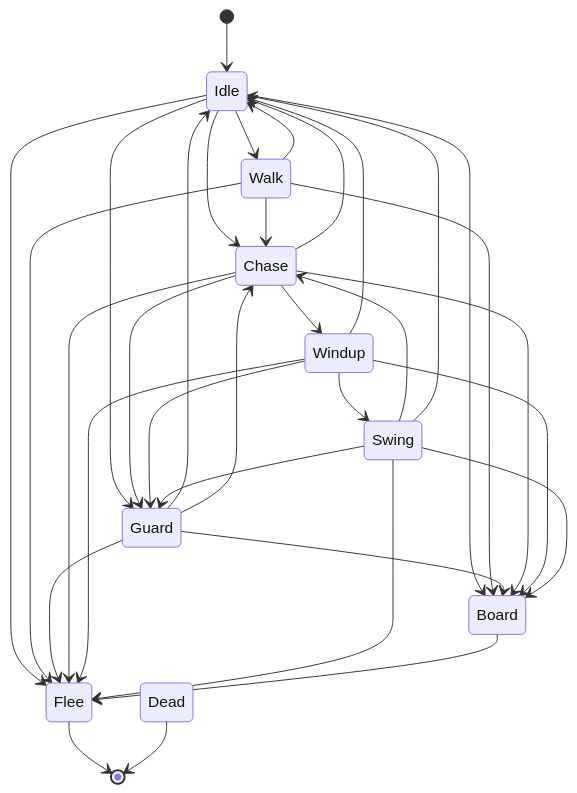
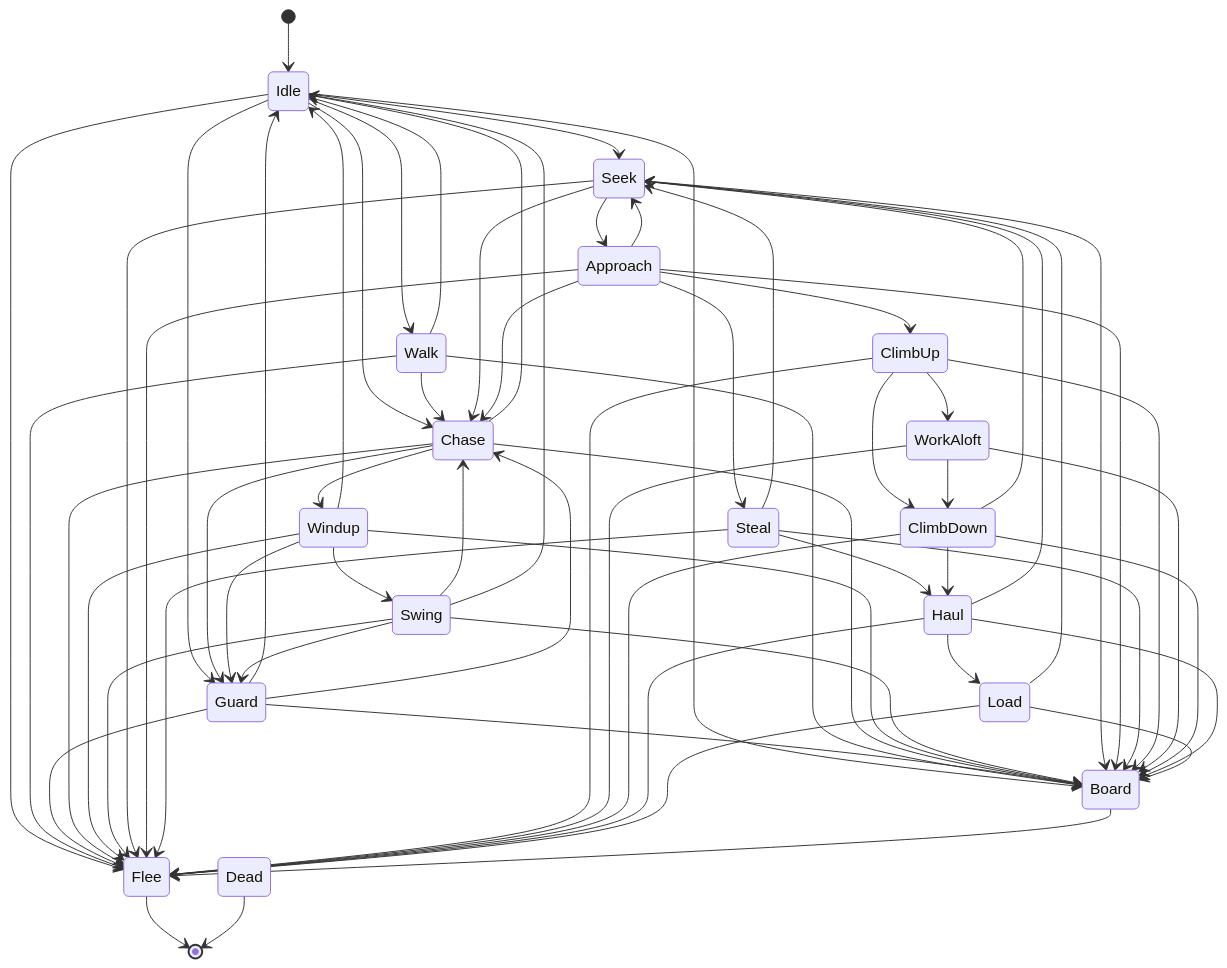
Diagram 14 of 39 in docs/state-machines.md (Kobu-Labs/drycastle), drawn with Mermaid before and after one commit. The commit also changed other lines of this file and 45 other files, not shown here.

First line of the commit message:
Thieves 04: Loot, tires, generic steal-target registry, climb, van music, credit

````diff
--- a/docs/state-machines.md
+++ b/docs/state-machines.md
@@ -357,35 +357,68 @@
 ```mermaid
 stateDiagram-v2
     [*] --> Idle
     Idle --> Walk
     Idle --> Guard
     Idle --> Chase
+    Idle --> Seek
     Idle --> Flee
     Idle --> Board
     Walk --> Idle
     Walk --> Chase
     Walk --> Flee
     Walk --> Board
     Guard --> Idle
     Guard --> Chase
     Guard --> Flee
     Guard --> Board
     Chase --> Windup
     Chase --> Idle
     Chase --> Guard
     Chase --> Flee
     Chase --> Board
     Windup --> Swing
     Windup --> Idle
     Windup --> Guard
     Windup --> Flee
     Windup --> Board
     Swing --> Chase
     Swing --> Idle
     Swing --> Guard
     Swing --> Flee
     Swing --> Board
+    Seek --> Approach
+    Seek --> Chase
+    Seek --> Flee
+    Seek --> Board
+    Approach --> Steal
+    Approach --> ClimbUp
+    Approach --> Seek
+    Approach --> Chase
+    Approach --> Flee
+    Approach --> Board
+    Steal --> Haul
+    Steal --> Seek
+    Steal --> Flee
+    Steal --> Board
+    ClimbUp --> WorkAloft
+    ClimbUp --> ClimbDown
+    ClimbUp --> Flee
+    ClimbUp --> Board
+    WorkAloft --> ClimbDown
+    WorkAloft --> Flee
+    WorkAloft --> Board
+    ClimbDown --> Haul
+    ClimbDown --> Seek
+    ClimbDown --> Flee
+    ClimbDown --> Board
+    Haul --> Load
+    Haul --> Seek
+    Haul --> Flee
+    Haul --> Board
+    Load --> Seek
+    Load --> Flee
+    Load --> Board
     Board --> Flee
     Flee --> [*]
     Dead --> [*]
 ```
````
